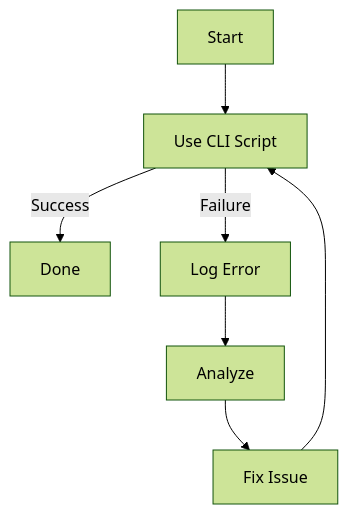
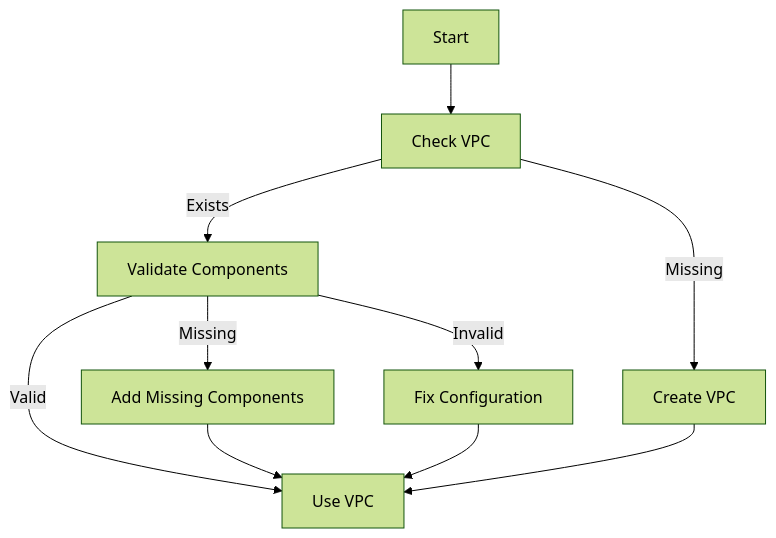
The fourth of 5 diagrams in cline_memory/systemPatterns.md (Inkmortal/LLM_Benchmarking), drawn with Mermaid (forest theme) before and after one commit. The commit also changed other lines of this file and 5 other files, not shown here.

````diff
--- a/cline_memory/systemPatterns.md
+++ b/cline_memory/systemPatterns.md
@@ -57,9 +57,12 @@
 ```mermaid
 flowchart TD
-    Start[Start] --> CLI[Use CLI Script]
-    CLI -->|Success| Done[Done]
-    CLI -->|Failure| Log[Log Error]
-    Log --> Analyze[Analyze]
-    Analyze --> Fix[Fix Issue]
-    Fix --> CLI
+    Start[Start] --> Check[Check VPC]
+    Check -->|Exists| Validate[Validate Components]
+    Check -->|Missing| Create[Create VPC]
+    Validate -->|Missing| Add[Add Missing Components]
+    Validate -->|Invalid| Fix[Fix Configuration]
+    Validate -->|Valid| Use[Use VPC]
+    Add --> Use
+    Fix --> Use
+    Create --> Use
 ```
````
